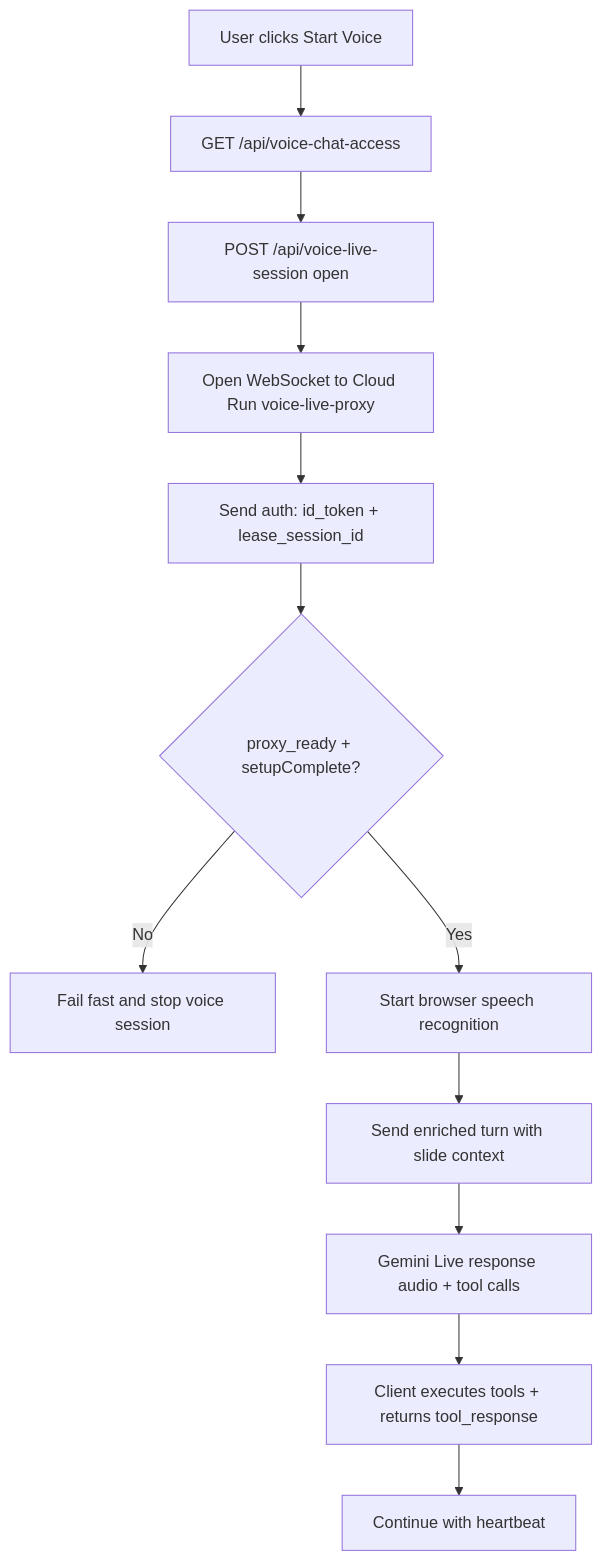
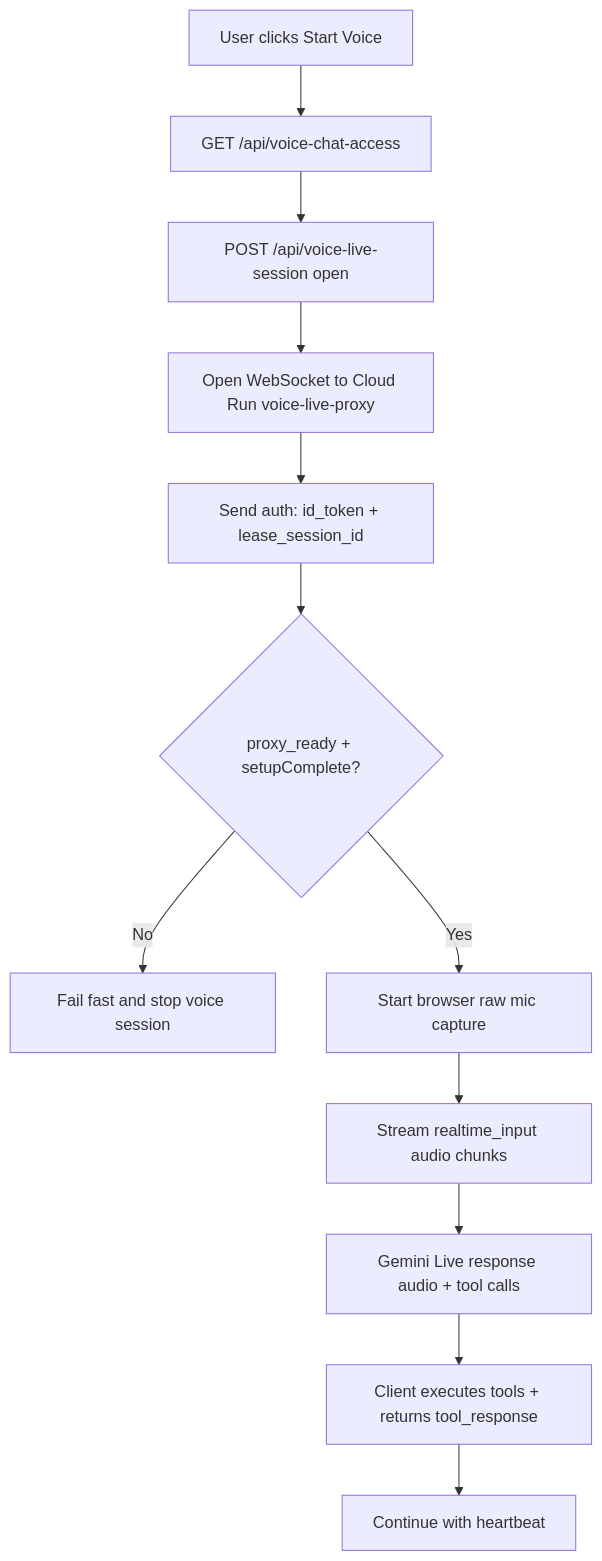
One commit to wongcyrus/LangBridgePresenter changed the diagram in client/web-student/README.md. Above: the diagram before and after it, drawn with Mermaid. The commit also changed other lines of this file and 10 other files, not shown here.

````diff
--- a/client/web-student/README.md
+++ b/client/web-student/README.md
@@ -64,14 +69,14 @@
 ```mermaid
 flowchart TD
     A[User clicks Start Voice] --> B[GET /api/voice-chat-access]
     B --> C[POST /api/voice-live-session open]
     C --> D[Open WebSocket to Cloud Run voice-live-proxy]
     D --> E[Send auth: id_token + lease_session_id]
     E --> F{proxy_ready + setupComplete?}
     F -- No --> G[Fail fast and stop voice session]
-    F -- Yes --> H[Start browser speech recognition]
-    H --> I[Send enriched turn with slide context]
+    F -- Yes --> H[Start browser raw mic capture]
+    H --> I[Stream realtime_input audio chunks]
     I --> J[Gemini Live response audio + tool calls]
     J --> K[Client executes tools + returns tool_response]
     K --> L[Continue with heartbeat]
 ```
````
